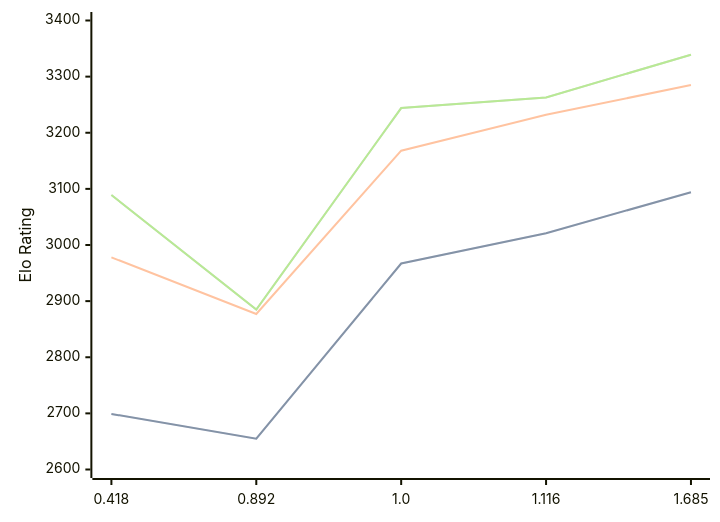
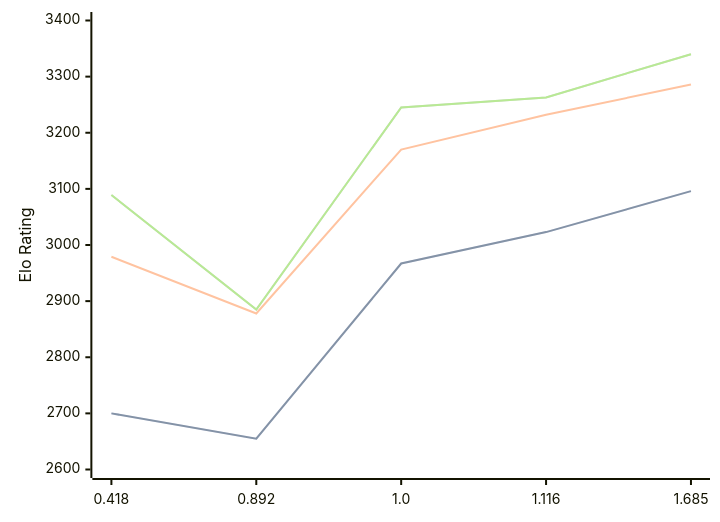
Before and after one commit to computer-chess-index/cci: the diagram in engines/Malika.md, drawn with Mermaid. The commit also changed other lines of this file, not shown here.

Commit message:
Update CCI Ratings (ELO VLTC) - 2026-07-23

````diff
--- a/engines/Malika.md
+++ b/engines/Malika.md
@@ -35,11 +35,11 @@
 ```mermaid
 %%{init: {"theme":"base","themeVariables":{"seriesColors:['#a3a3a3','#222221','#faa371']}}}%%
 xychart-beta
   x-axis ["0.418", "0.892", "1.0", "1.116", "1.685"]
   y-axis "Elo Rating" 2600 --> 3400
-  line "STC (8.0+0.08s)" [2699, 2655, 2967, 3021, 3094]
-  line "STC (8.0+0.08s)" [2699, 2655, 2967, 3021, 3094]
-  line "LTC (60.0+0.60s)" [2978, 2877, 3168, 3232, 3285]
-  line "VLTC (2m24s+1.12s)" [3089, 2885, 3244, 3263, 3339]
-  line "VLTC (2m24s+1.12s)" [3089, 2885, 3244, 3263, 3339]
+  line "STC (8.0+0.08s)" [2700, 2655, 2967, 3023, 3096]
+  line "STC (8.0+0.08s)" [2700, 2655, 2967, 3023, 3096]
+  line "LTC (60.0+0.60s)" [2979, 2878, 3170, 3232, 3286]
+  line "VLTC (2m24s+1.12s)" [3089, 2885, 3245, 3263, 3340]
+  line "VLTC (2m24s+1.12s)" [3089, 2885, 3245, 3263, 3340]
 ```
````
